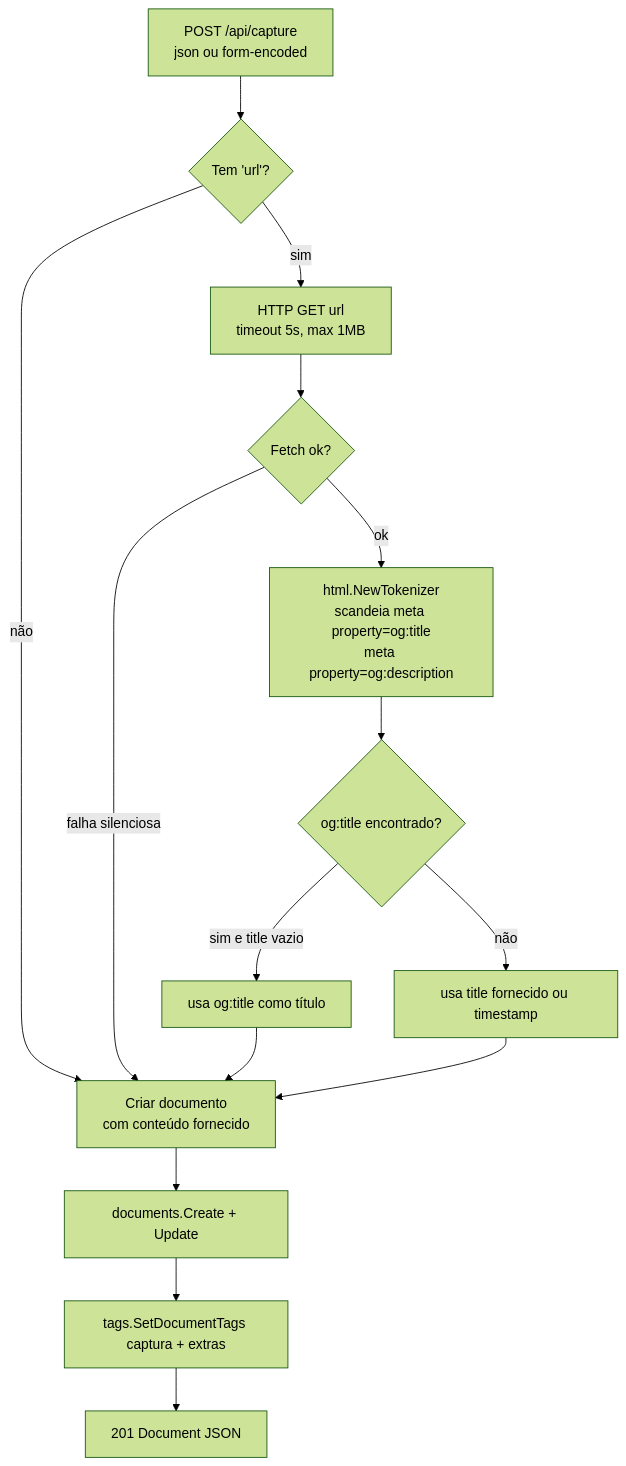
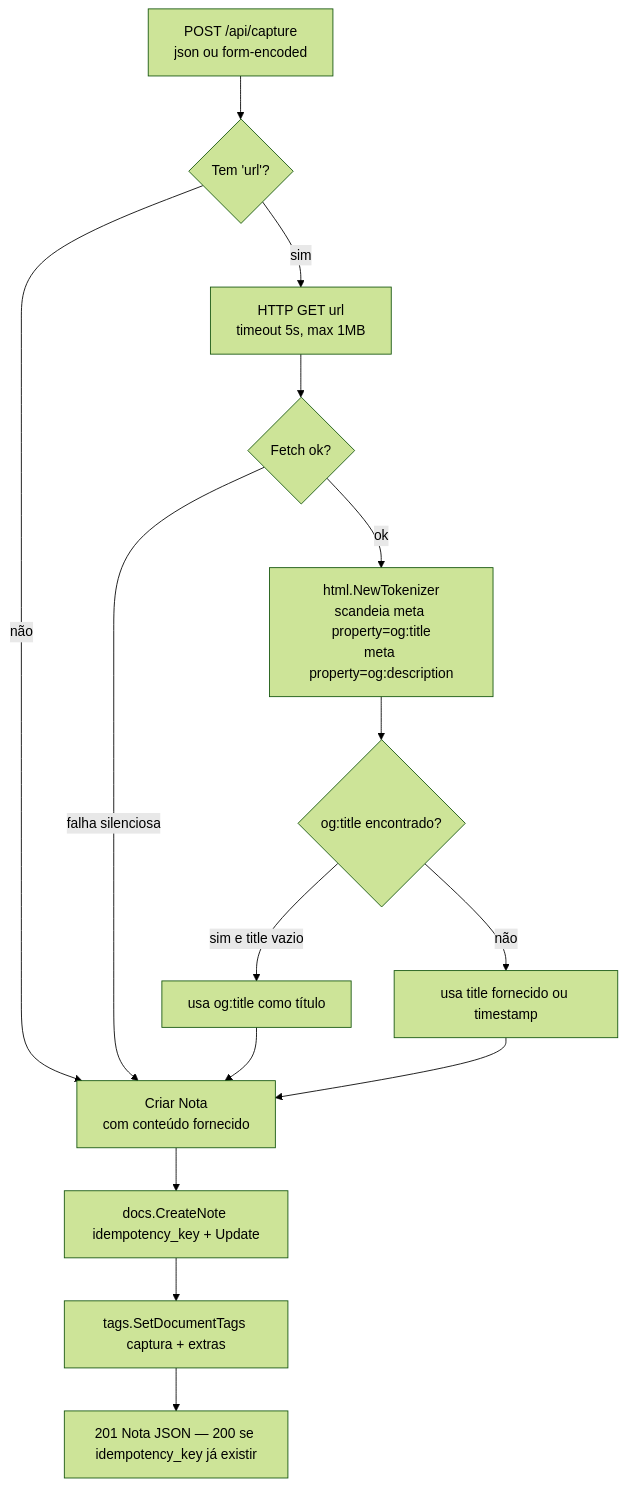
Before and after one commit to edalcin/pkd: the sixth of 7 diagrams in docs/c4/code.md, drawn with Mermaid (forest theme). The commit also changed other lines of this file and 10 other files, not shown here.

````diff
--- a/docs/c4/code.md
+++ b/docs/c4/code.md
@@ -232,17 +232,17 @@
 ```mermaid
 flowchart TD
     A[POST /api/capture\njson ou form-encoded] --> B{Tem 'url'?}
-    B -- não --> E[Criar documento\ncom conteúdo fornecido]
+    B -- não --> E[Criar Nota\ncom conteúdo fornecido]
     B -- sim --> C[HTTP GET url\ntimeout 5s, max 1MB]
     C --> D{Fetch ok?}
     D -- falha silenciosa --> E
     D -- ok --> F[html.NewTokenizer\nscandeia meta property=og:title\nmeta property=og:description]
     F --> G{og:title encontrado?}
     G -- sim e title vazio --> H[usa og:title como título]
     G -- não --> I[usa title fornecido ou timestamp]
     H --> E
     I --> E
-    E --> J[documents.Create + Update]
+    E --> J[docs.CreateNote idempotency_key + Update]
     J --> K[tags.SetDocumentTags captura + extras]
-    K --> L[201 Document JSON]
+    K --> L[201 Nota JSON — 200 se idempotency_key já existir]
 ```
````
